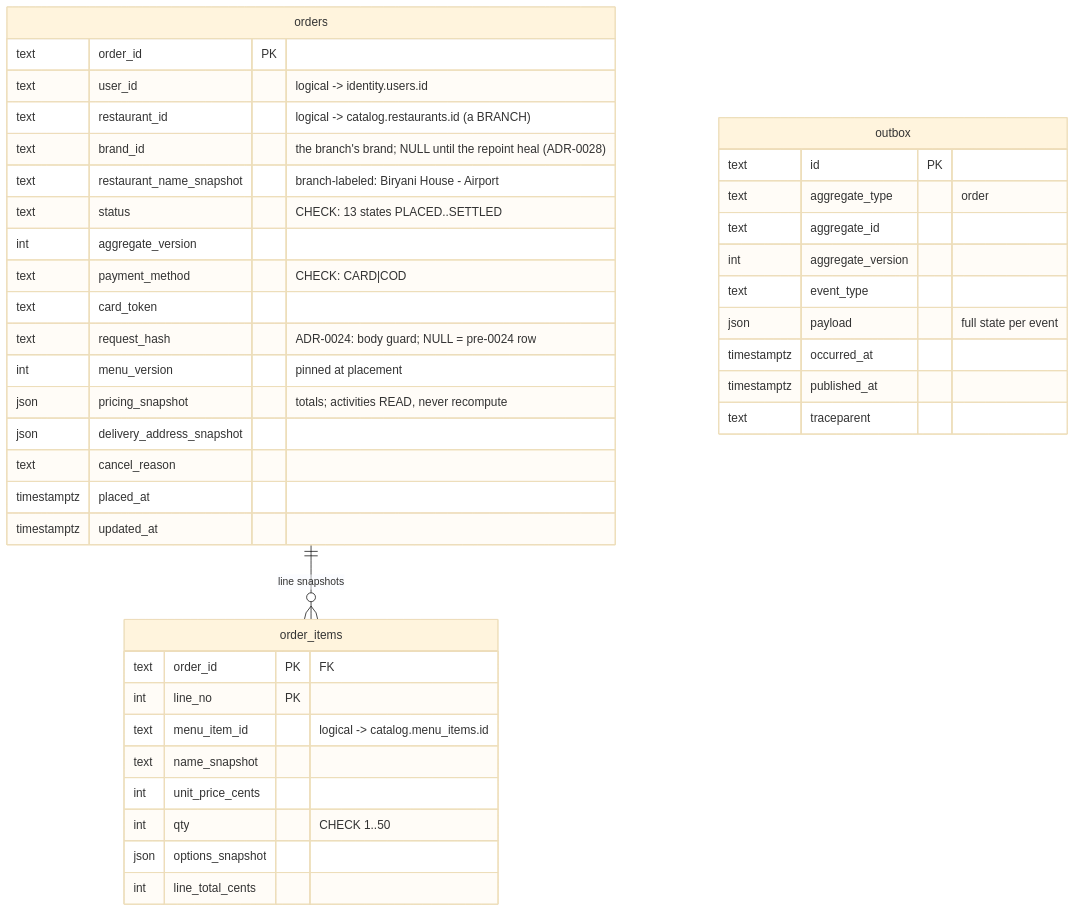
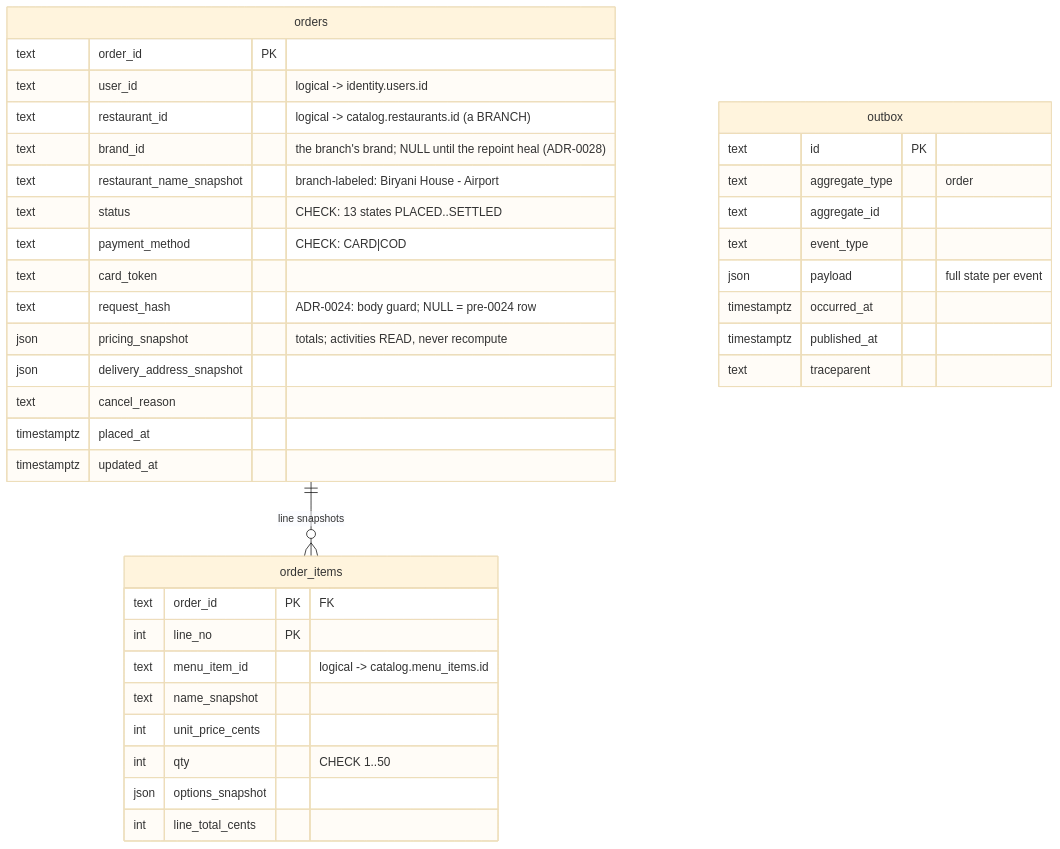
The fourth of 7 diagrams in docs/erd.md (Aizazahmed-7/SmartFoodOps), drawn with Mermaid (base theme) before and after one commit. The commit also changed other lines of this file, not shown here.

````diff
--- a/docs/erd.md
+++ b/docs/erd.md
@@ -302,43 +253,40 @@
 ```mermaid
 erDiagram
     orders {
         text order_id PK
         text user_id "logical -> identity.users.id"
         text restaurant_id "logical -> catalog.restaurants.id (a BRANCH)"
         text brand_id "the branch's brand; NULL until the repoint heal (ADR-0028)"
         text restaurant_name_snapshot "branch-labeled: Biryani House - Airport"
         text status "CHECK: 13 states PLACED..SETTLED"
-        int aggregate_version
         text payment_method "CHECK: CARD|COD"
         text card_token
         text request_hash "ADR-0024: body guard; NULL = pre-0024 row"
-        int menu_version "pinned at placement"
         json pricing_snapshot "totals; activities READ, never recompute"
         json delivery_address_snapshot
         text cancel_reason
         timestamptz placed_at
         timestamptz updated_at
     }
     order_items {
         text order_id PK "FK"
         int line_no PK
         text menu_item_id "logical -> catalog.menu_items.id"
         text name_snapshot
         int unit_price_cents
         int qty "CHECK 1..50"
         json options_snapshot
         int line_total_cents
     }
     outbox {
         text id PK
         text aggregate_type "order"
         text aggregate_id
-        int aggregate_version
         text event_type
         json payload "full state per event"
         timestamptz occurred_at
         timestamptz published_at
         text traceparent
     }
     orders ||--o{ order_items : "line snapshots"
 ```
````
